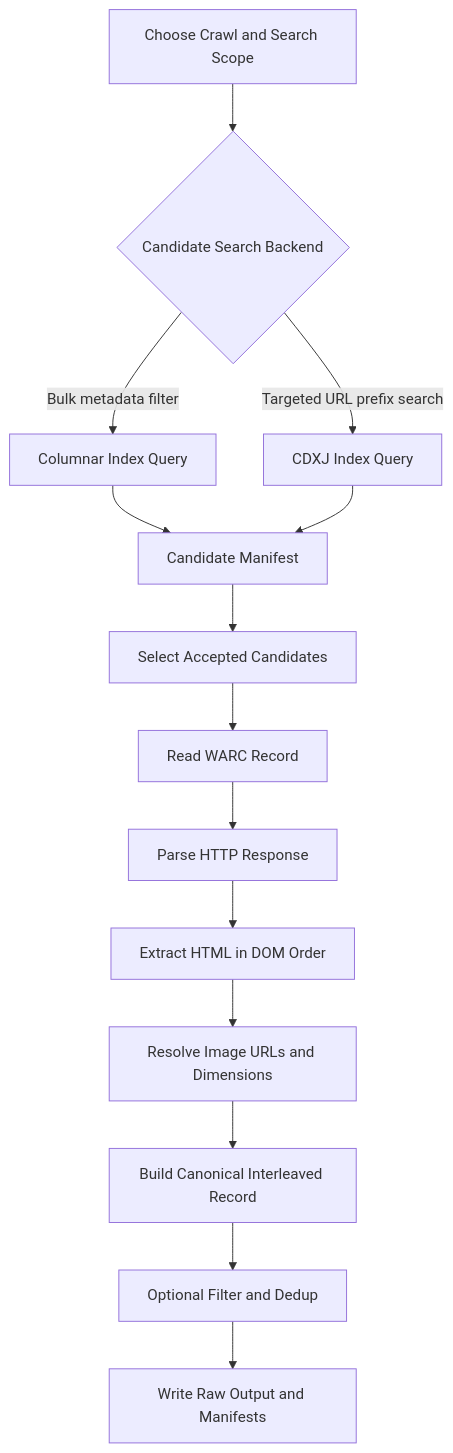
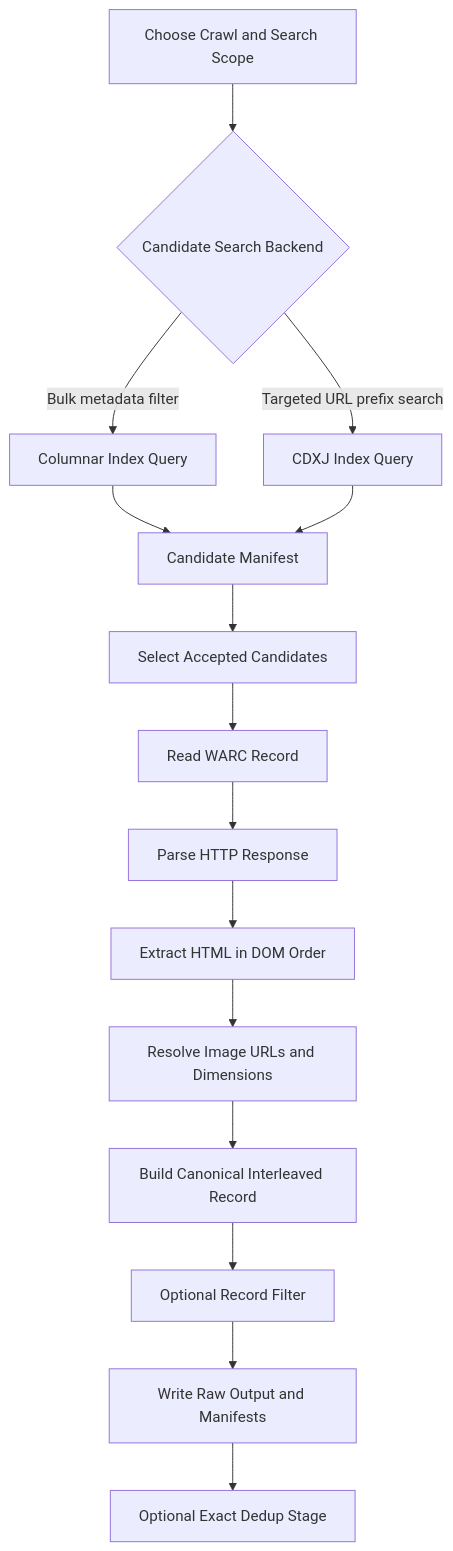
One commit to torzsi/CC-pipeline changed the diagram in prototype/README.md. Above: the diagram before and after it, drawn with Mermaid. The commit also changed other lines of this file and 12 other files, not shown here.

````diff
--- a/prototype/README.md
+++ b/prototype/README.md
@@ -55,16 +58,17 @@
 ```mermaid
 flowchart TD
     A[Choose Crawl and Search Scope] --> B{Candidate Search Backend}
     B -->|Bulk metadata filter| C[Columnar Index Query]
     B -->|Targeted URL prefix search| D[CDXJ Index Query]
     C --> E[Candidate Manifest]
     D --> E
     E --> F[Select Accepted Candidates]
     F --> G[Read WARC Record]
     G --> H[Parse HTTP Response]
     H --> I[Extract HTML in DOM Order]
     I --> J[Resolve Image URLs and Dimensions]
     J --> K[Build Canonical Interleaved Record]
-    K --> L[Optional Filter and Dedup]
+    K --> L[Optional Record Filter]
     L --> M[Write Raw Output and Manifests]
+    M --> N[Optional Exact Dedup Stage]
 ```
````
